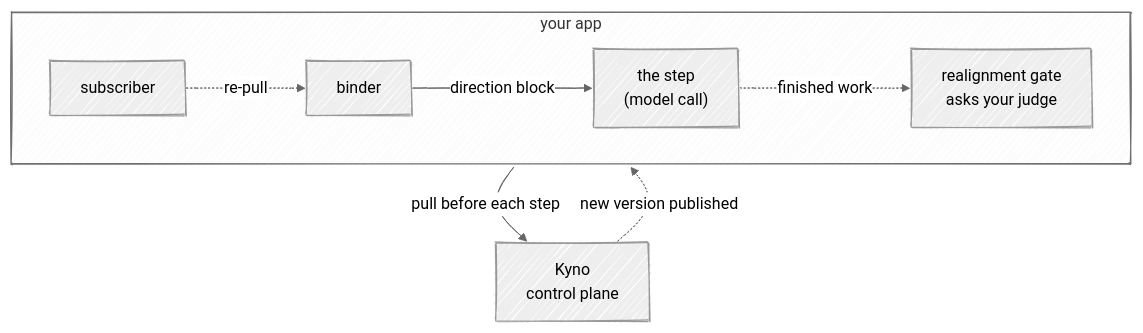
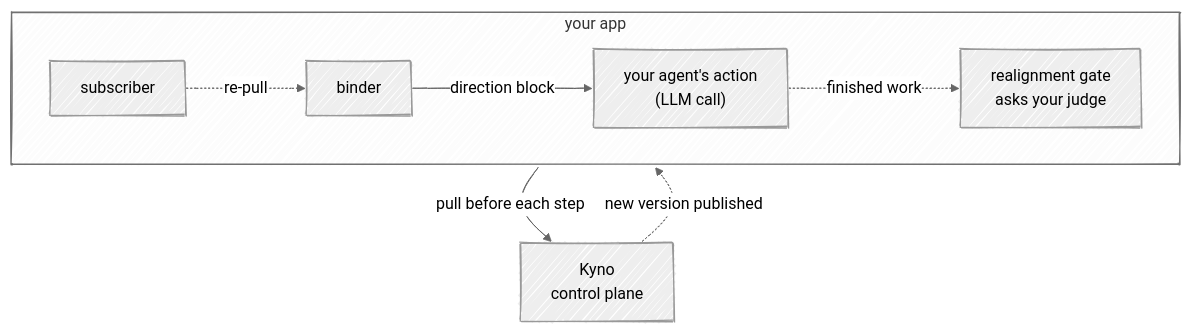
The first of 2 diagrams in docs/adapters.md (cizambra/kyno), drawn with Mermaid before and after one commit. The commit also changed 1 other file, not shown here.

Commit message:
Name the step what it is: your agent's action

````diff
--- a/docs/adapters.md
+++ b/docs/adapters.md
@@ -43,19 +43,19 @@
 ```mermaid
 ---
 config:
   look: handDrawn
   theme: neutral
   flowchart:
     useMaxWidth: false
 ---
 flowchart TB
   KY["Kyno<br/>control plane"]
   subgraph APP["your app"]
     direction LR
     SUB["subscriber"] -. "re-pull" .-> BN["binder"]
-    BN -- "direction block" --> STEP["the step<br/>(model call)"]
+    BN -- "direction block" --> STEP["your agent's action<br/>(LLM call)"]
     STEP -. "finished work" .-> GATE["realignment gate<br/>asks your judge"]
   end
   APP -- "pull before each step" --> KY
   KY -. "new version published" .-> APP
 ```
````
